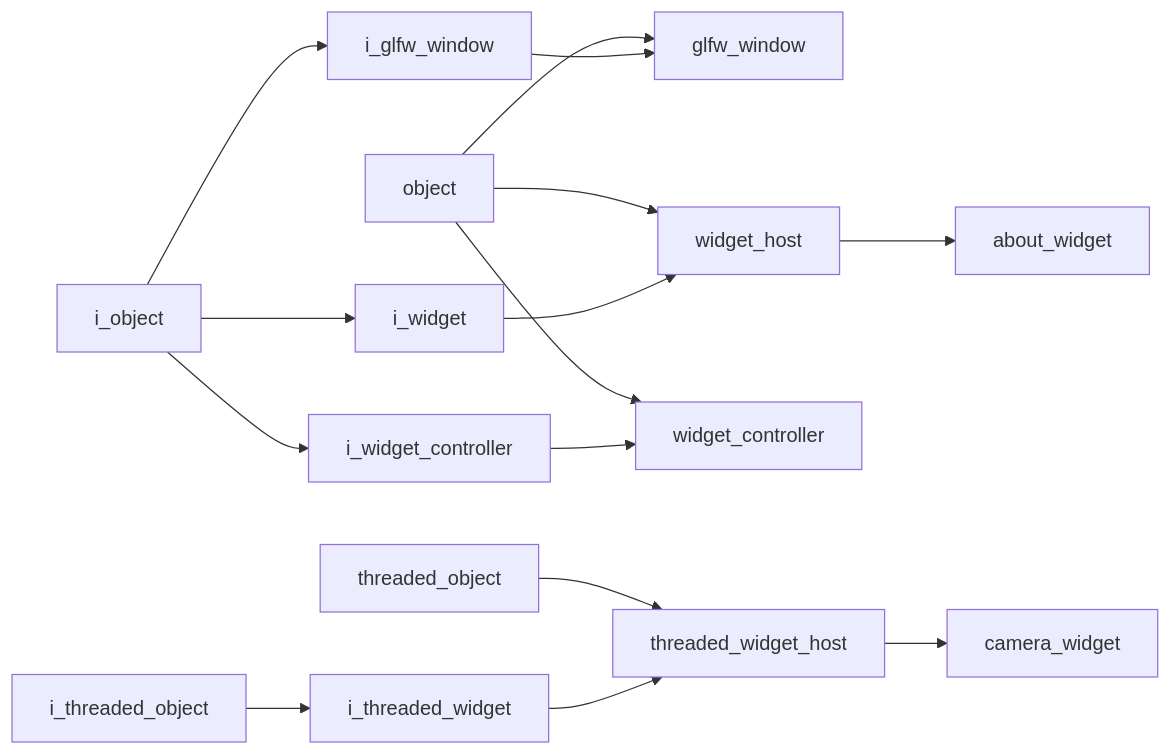
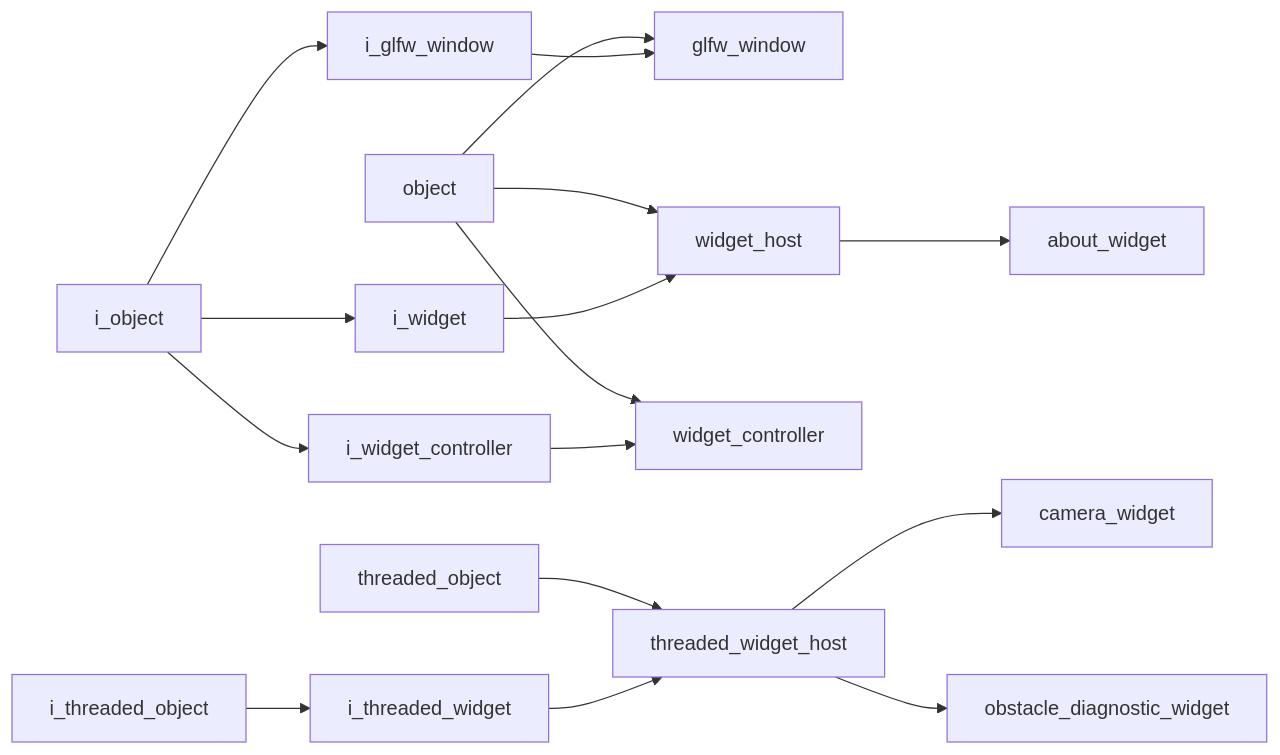
Before and after one commit to kasper-szczerba/acs_wiki: the diagram in docs/codebase/namespaces/gui/index.md, drawn with Mermaid. The commit also changed other lines of this file and 19 other files, not shown here.

````diff
--- a/docs/codebase/namespaces/gui/index.md
+++ b/docs/codebase/namespaces/gui/index.md
@@ -27,31 +28,33 @@
 ```mermaid
 graph LR
     C__DEV_vs_projects_acs_wiki_docs_codebase_namespaces_core_implementations_object["object"]
     C__DEV_vs_projects_acs_wiki_docs_codebase_namespaces_core_implementations_threaded_object["threaded_object"]
     C__DEV_vs_projects_acs_wiki_docs_codebase_namespaces_core_interfaces_i_object["i_object"]
     C__DEV_vs_projects_acs_wiki_docs_codebase_namespaces_core_interfaces_i_threaded_object["i_threaded_object"]
     C__DEV_vs_projects_acs_wiki_docs_codebase_namespaces_gui_implementations_glfw_window["glfw_window"]
     C__DEV_vs_projects_acs_wiki_docs_codebase_namespaces_gui_implementations_threaded_widget_host["threaded_widget_host"]
     C__DEV_vs_projects_acs_wiki_docs_codebase_namespaces_gui_implementations_widget_controller["widget_controller"]
     C__DEV_vs_projects_acs_wiki_docs_codebase_namespaces_gui_implementations_widget_host["widget_host"]
     C__DEV_vs_projects_acs_wiki_docs_codebase_namespaces_gui_implementations_widgets_about_widget["about_widget"]
     C__DEV_vs_projects_acs_wiki_docs_codebase_namespaces_gui_implementations_widgets_camera_widget["camera_widget"]
+    C__DEV_vs_projects_acs_wiki_docs_codebase_namespaces_gui_implementations_widgets_obstacle_diagnostic_widget["obstacle_diagnostic_widget"]
     C__DEV_vs_projects_acs_wiki_docs_codebase_namespaces_gui_interfaces_i_glfw_window["i_glfw_window"]
     C__DEV_vs_projects_acs_wiki_docs_codebase_namespaces_gui_interfaces_i_threaded_widget["i_threaded_widget"]
     C__DEV_vs_projects_acs_wiki_docs_codebase_namespaces_gui_interfaces_i_widget["i_widget"]
     C__DEV_vs_projects_acs_wiki_docs_codebase_namespaces_gui_interfaces_i_widget_controller["i_widget_controller"]
     C__DEV_vs_projects_acs_wiki_docs_codebase_namespaces_core_implementations_object --> C__DEV_vs_projects_acs_wiki_docs_codebase_namespaces_gui_implementations_glfw_window
     C__DEV_vs_projects_acs_wiki_docs_codebase_namespaces_core_implementations_object --> C__DEV_vs_projects_acs_wiki_docs_codebase_namespaces_gui_implementations_widget_controller
     C__DEV_vs_projects_acs_wiki_docs_codebase_namespaces_core_implementations_object --> C__DEV_vs_projects_acs_wiki_docs_codebase_namespaces_gui_implementations_widget_host
     C__DEV_vs_projects_acs_wiki_docs_codebase_namespaces_core_implementations_threaded_object --> C__DEV_vs_projects_acs_wiki_docs_codebase_namespaces_gui_implementations_threaded_widget_host
     C__DEV_vs_projects_acs_wiki_docs_codebase_namespaces_core_interfaces_i_object --> C__DEV_vs_projects_acs_wiki_docs_codebase_namespaces_gui_interfaces_i_glfw_window
     C__DEV_vs_projects_acs_wiki_docs_codebase_namespaces_core_interfaces_i_object --> C__DEV_vs_projects_acs_wiki_docs_codebase_namespaces_gui_interfaces_i_widget
     C__DEV_vs_projects_acs_wiki_docs_codebase_namespaces_core_interfaces_i_object --> C__DEV_vs_projects_acs_wiki_docs_codebase_namespaces_gui_interfaces_i_widget_controller
     C__DEV_vs_projects_acs_wiki_docs_codebase_namespaces_core_interfaces_i_threaded_object --> C__DEV_vs_projects_acs_wiki_docs_codebase_namespaces_gui_interfaces_i_threaded_widget
     C__DEV_vs_projects_acs_wiki_docs_codebase_namespaces_gui_implementations_threaded_widget_host --> C__DEV_vs_projects_acs_wiki_docs_codebase_namespaces_gui_implementations_widgets_camera_widget
+    C__DEV_vs_projects_acs_wiki_docs_codebase_namespaces_gui_implementations_threaded_widget_host --> C__DEV_vs_projects_acs_wiki_docs_codebase_namespaces_gui_implementations_widgets_obstacle_diagnostic_widget
     C__DEV_vs_projects_acs_wiki_docs_codebase_namespaces_gui_implementations_widget_host --> C__DEV_vs_projects_acs_wiki_docs_codebase_namespaces_gui_implementations_widgets_about_widget
     C__DEV_vs_projects_acs_wiki_docs_codebase_namespaces_gui_interfaces_i_glfw_window --> C__DEV_vs_projects_acs_wiki_docs_codebase_namespaces_gui_implementations_glfw_window
     C__DEV_vs_projects_acs_wiki_docs_codebase_namespaces_gui_interfaces_i_threaded_widget --> C__DEV_vs_projects_acs_wiki_docs_codebase_namespaces_gui_implementations_threaded_widget_host
     C__DEV_vs_projects_acs_wiki_docs_codebase_namespaces_gui_interfaces_i_widget --> C__DEV_vs_projects_acs_wiki_docs_codebase_namespaces_gui_implementations_widget_host
     C__DEV_vs_projects_acs_wiki_docs_codebase_namespaces_gui_interfaces_i_widget_controller --> C__DEV_vs_projects_acs_wiki_docs_codebase_namespaces_gui_implementations_widget_controller
 ```
````
